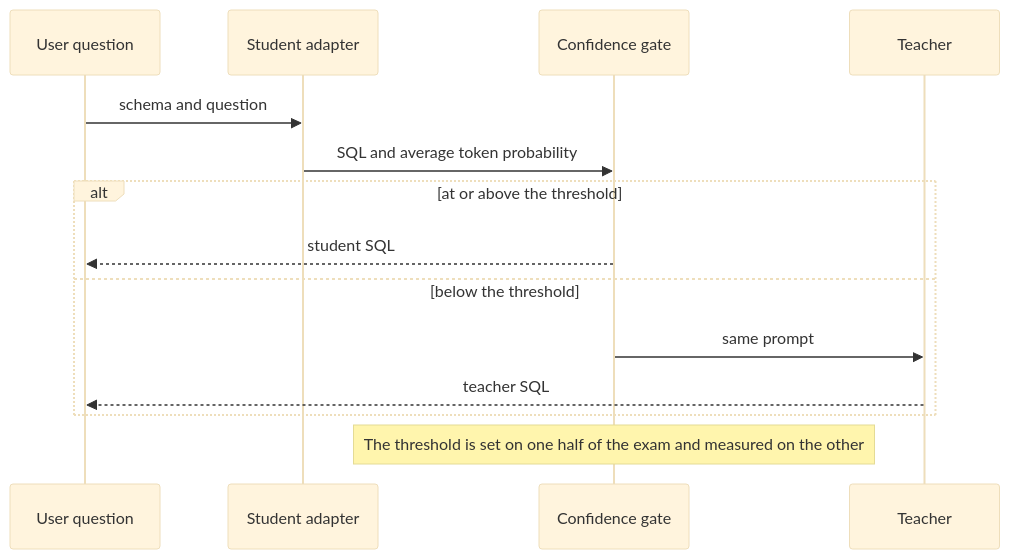
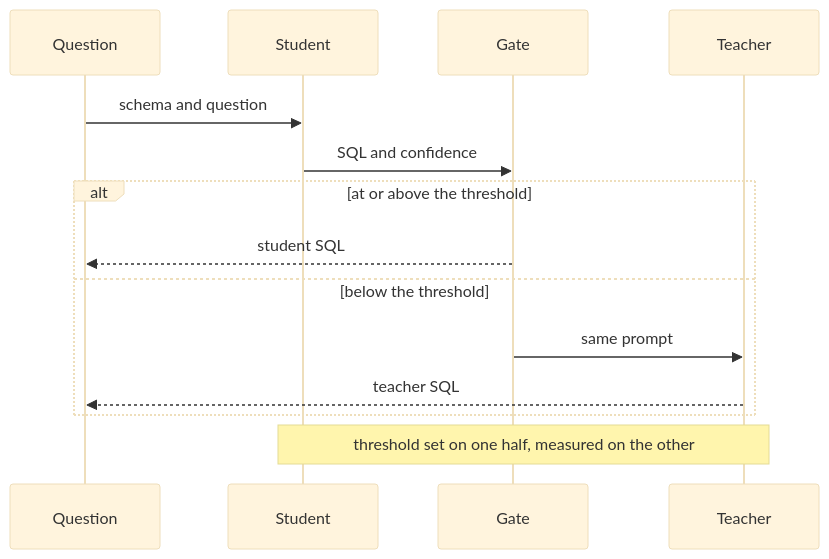
The third of 3 diagrams in docs-site/src/content/docs/guides/text-to-sql.mdx (harshbhx/ratchet), drawn with Mermaid (base theme) before and after one commit. The commit also changed other lines of this file and 25 other files, not shown here.

````diff
--- a/docs-site/src/content/docs/guides/text-to-sql.mdx
+++ b/docs-site/src/content/docs/guides/text-to-sql.mdx
@@ -126,16 +173,16 @@
 ```mermaid
 sequenceDiagram
-  participant U as User question
-  participant S as Student adapter
-  participant G as Confidence gate
-  participant T as Teacher
-  U->>S: schema and question
-  S->>G: SQL and average token probability
+  participant U as Question
+  participant Student as Student
+  participant G as Gate
+  participant Teacher as Teacher
+  U->>Student: schema and question
+  Student->>G: SQL and confidence
   alt at or above the threshold
     G-->>U: student SQL
   else below the threshold
-    G->>T: same prompt
-    T-->>U: teacher SQL
+    G->>Teacher: same prompt
+    Teacher-->>U: teacher SQL
   end
-  Note over G: The threshold is set on one half of the exam and measured on the other
+  Note over Student,Teacher: threshold set on one half, measured on the other
 ```
````
